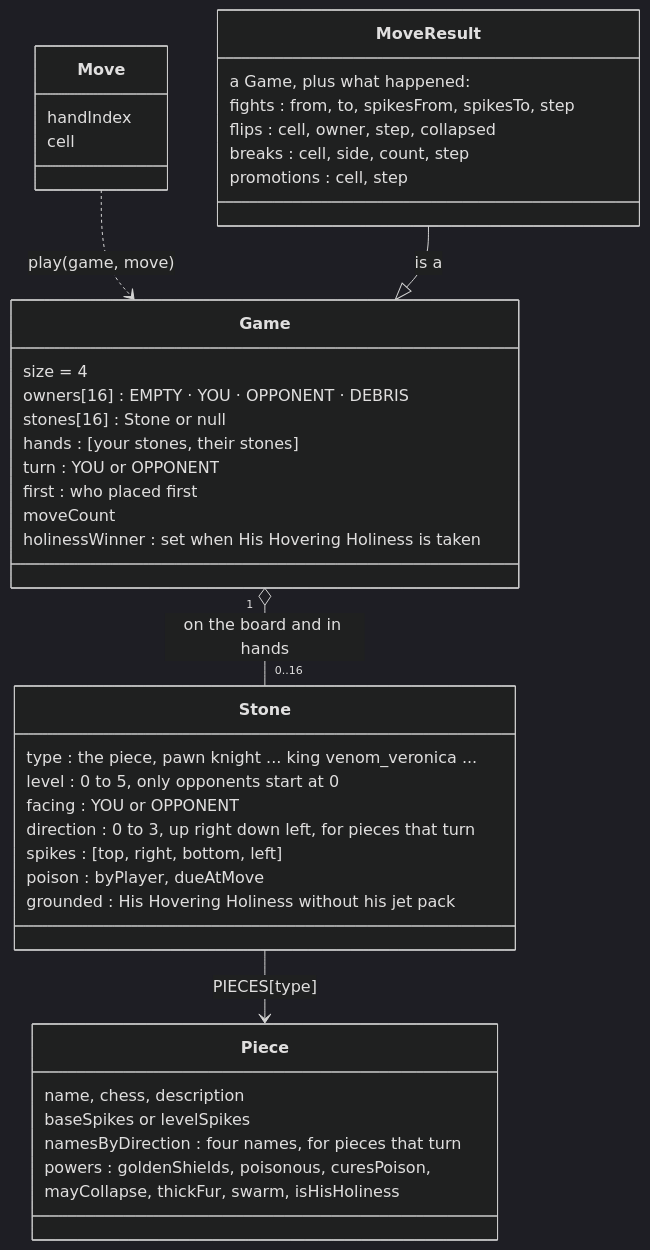
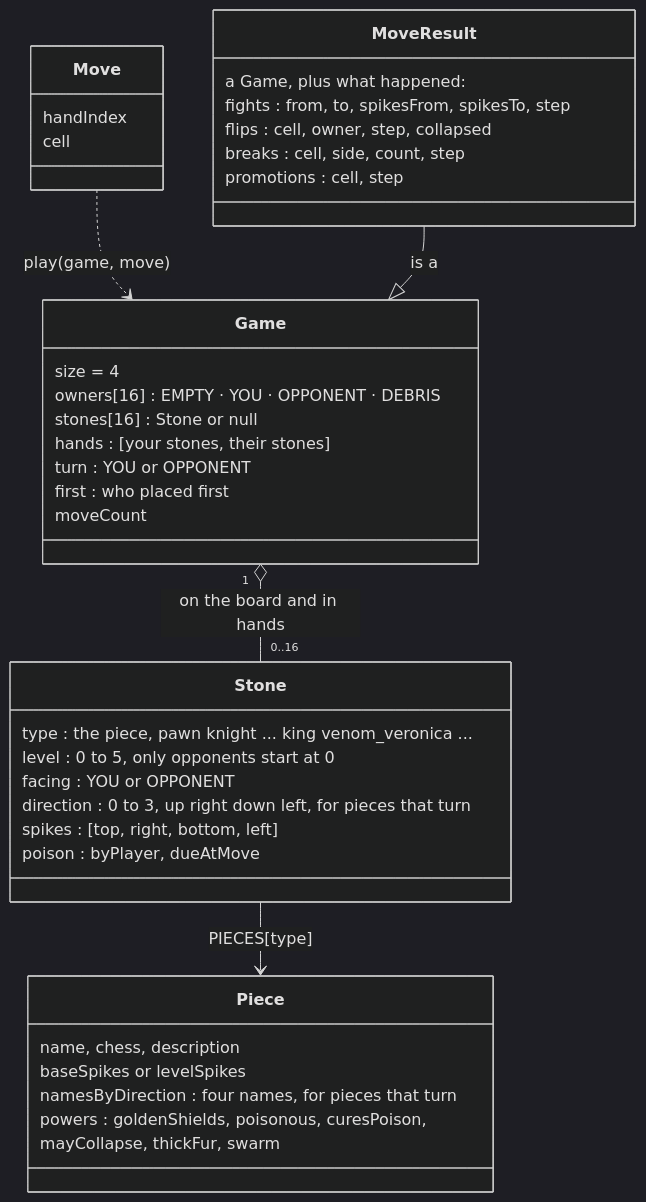
The second of 8 diagrams in README.md (louisvandenbruwaene/rook-like), drawn with Mermaid (dark theme) before and after one commit. The commit also changed other lines of this file and 18 other files, not shown here.

First line of the commit message:
Rook-like: His Hovering Holiness is gone; Buzzy Beatrice's swarm no longer grounds anyone

````diff
--- a/README.md
+++ b/README.md
@@ -105,44 +105,42 @@
 ```mermaid
 classDiagram
     class Game {
         size = 4
         owners[16] : EMPTY · YOU · OPPONENT · DEBRIS
         stones[16] : Stone or null
         hands : [your stones, their stones]
         turn : YOU or OPPONENT
         first : who placed first
         moveCount
-        holinessWinner : set when His Hovering Holiness is taken
     }
     class Stone {
         type : the piece, pawn knight ... king venom_veronica ...
         level : 0 to 5, only opponents start at 0
         facing : YOU or OPPONENT
         direction : 0 to 3, up right down left, for pieces that turn
         spikes : [top, right, bottom, left]
         poison : byPlayer, dueAtMove
-        grounded : His Hovering Holiness without his jet pack
     }
     class Piece {
         name, chess, description
         baseSpikes or levelSpikes
         namesByDirection : four names, for pieces that turn
         powers : goldenShields, poisonous, curesPoison,
-        mayCollapse, thickFur, swarm, isHisHoliness
+        mayCollapse, thickFur, swarm
     }
     class Move {
         handIndex
         cell
     }
     class MoveResult {
         a Game, plus what happened:
         fights : from, to, spikesFrom, spikesTo, step
         flips : cell, owner, step, collapsed
         breaks : cell, side, count, step
         promotions : cell, step
     }
     Game "1" o-- "0..16" Stone : on the board and in hands
     Stone --> Piece : PIECES[type]
     Move ..> Game : play(game, move)
     MoveResult --|> Game : is a
 ```
````
